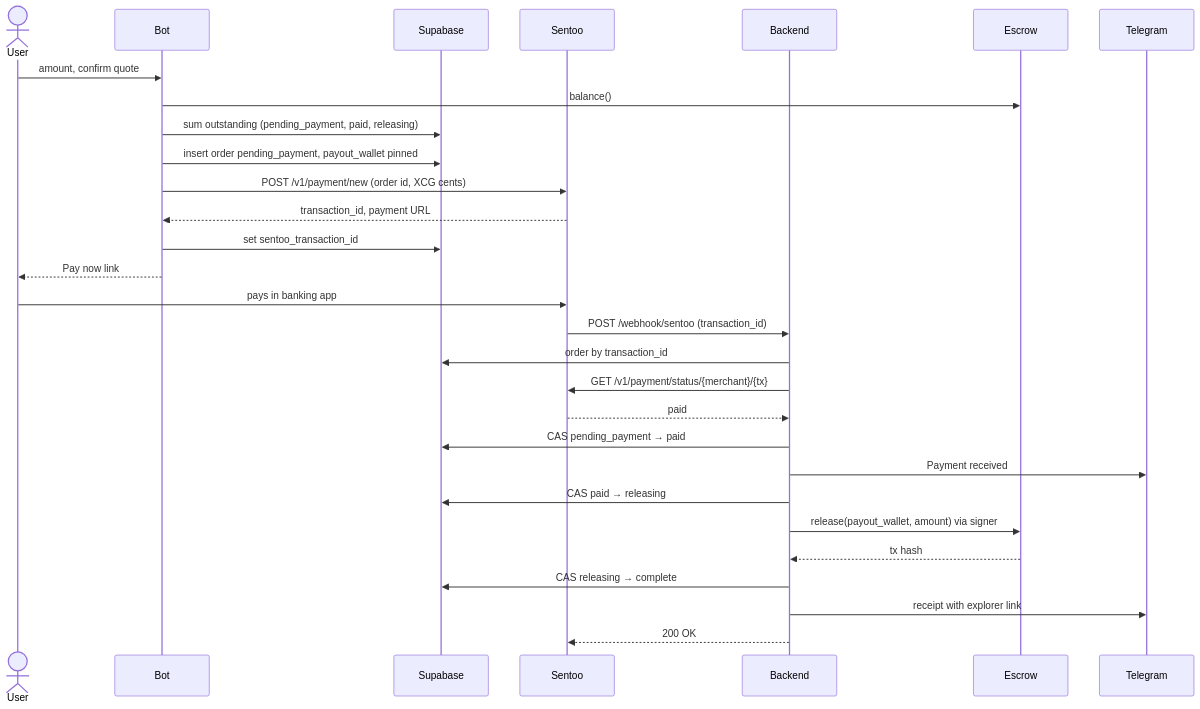
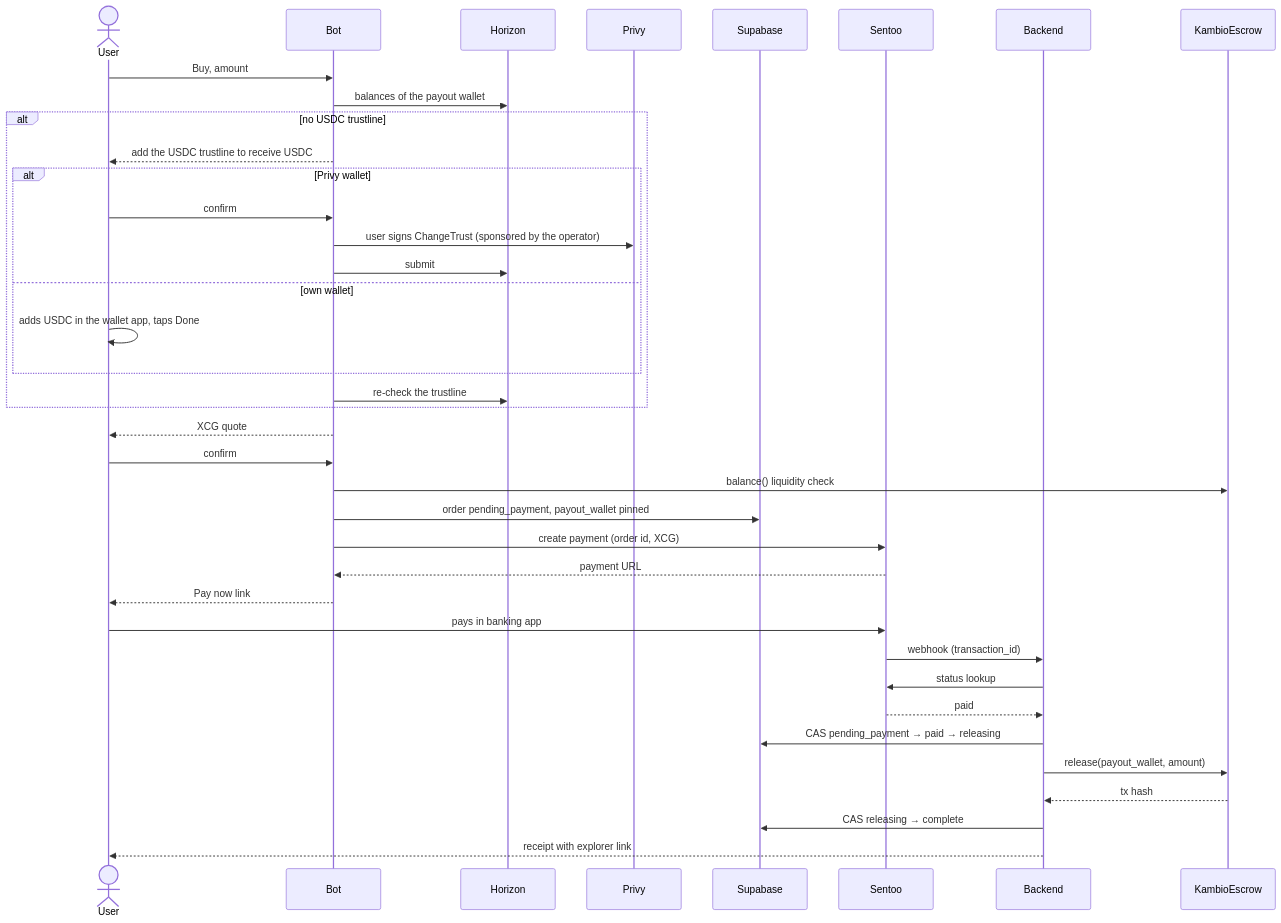
The fourth of 8 diagrams in contracts/stellar/ARCHITECTURE.md (BreadchainCoop/curacao-crypto-onramp-bot), drawn with Mermaid before and after one commit. The commit also changed other lines of this file, not shown here.

Commit message:
docs(stellar): simplify the architecture doc, add the overview and trustline step

````diff
--- a/contracts/stellar/ARCHITECTURE.md
+++ b/contracts/stellar/ARCHITECTURE.md
@@ -196,32 +103,41 @@
 ```mermaid
 sequenceDiagram
   actor U as User
   participant B as Bot
+  participant H as Horizon
+  participant P as Privy
   participant DB as Supabase
   participant S as Sentoo
   participant BE as Backend
-  participant E as Escrow
-  participant T as Telegram
+  participant KE as KambioEscrow
 
-  U->>B: amount, confirm quote
-  B->>E: balance()
-  B->>DB: sum outstanding (pending_payment, paid, releasing)
-  B->>DB: insert order pending_payment, payout_wallet pinned
-  B->>S: POST /v1/payment/new (order id, XCG cents)
-  S-->>B: transaction_id, payment URL
-  B->>DB: set sentoo_transaction_id
+  U->>B: Buy, amount
+  B->>H: balances of the payout wallet
+  alt no USDC trustline
+    B-->>U: add the USDC trustline to receive USDC
+    alt Privy wallet
+      U->>B: confirm
+      B->>P: user signs ChangeTrust (sponsored by the operator)
+      B->>H: submit
+    else own wallet
+      U->>U: adds USDC in the wallet app, taps Done
+    end
+    B->>H: re-check the trustline
+  end
+  B-->>U: XCG quote
+  U->>B: confirm
+  B->>KE: balance() liquidity check
+  B->>DB: order pending_payment, payout_wallet pinned
+  B->>S: create payment (order id, XCG)
+  S-->>B: payment URL
   B-->>U: Pay now link
   U->>S: pays in banking app
-  S->>BE: POST /webhook/sentoo (transaction_id)
-  BE->>DB: order by transaction_id
-  BE->>S: GET /v1/payment/status/{merchant}/{tx}
+  S->>BE: webhook (transaction_id)
+  BE->>S: status lookup
   S-->>BE: paid
-  BE->>DB: CAS pending_payment → paid
-  BE->>T: Payment received
-  BE->>DB: CAS paid → releasing
-  BE->>E: release(payout_wallet, amount) via signer
-  E-->>BE: tx hash
+  BE->>DB: CAS pending_payment → paid → releasing
+  BE->>KE: release(payout_wallet, amount)
+  KE-->>BE: tx hash
   BE->>DB: CAS releasing → complete
-  BE->>T: receipt with explorer link
-  BE-->>S: 200 OK
+  BE-->>U: receipt with explorer link
 ```
````
